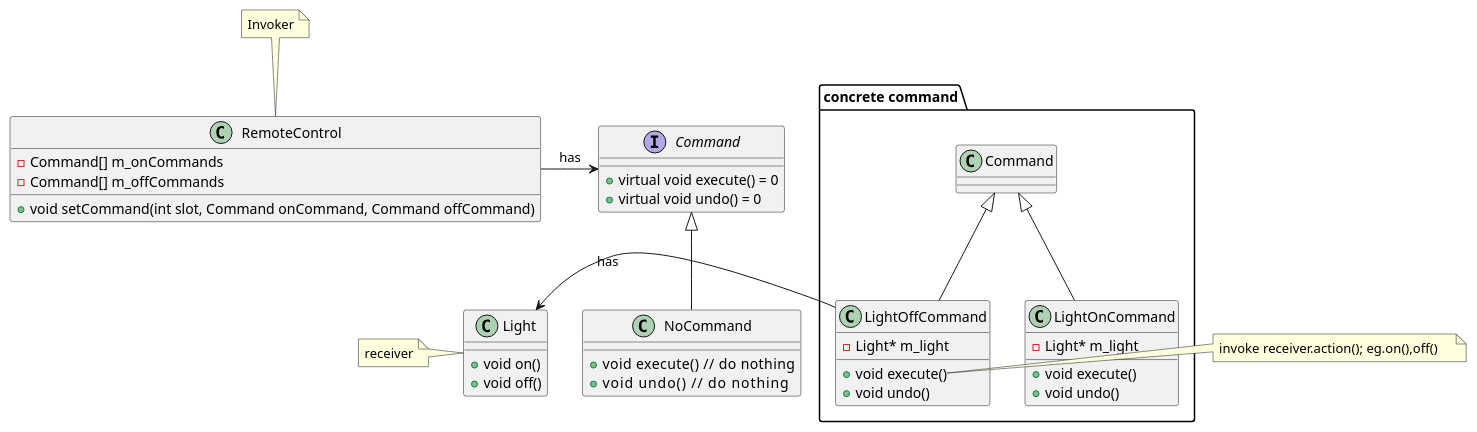
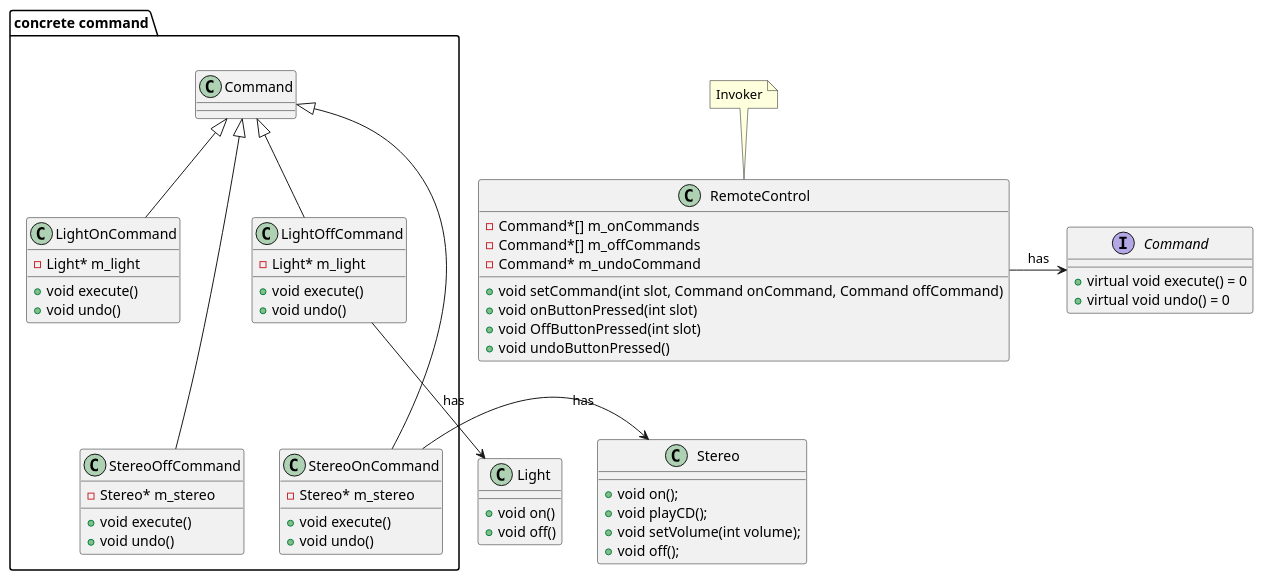
The diagram in ch06_Command/plantuml/Command_class.plantuml (jwbecalm/Head-First-Design-Patterns-in-CPP), drawn with PlantUML before and after one commit. The commit also changed 9 other files, not shown here.

Commit message:
Command Pattern, add Slot2, Stereo command

```diff
--- a/ch06_Command/plantuml/Command_class.plantuml
+++ b/ch06_Command/plantuml/Command_class.plantuml
@@ -1,54 +1,80 @@
 @startuml Command Pattern
 
 
 class RemoteControl{
-    - Command[] m_onCommands
-    - Command[] m_offCommands
+    - Command*[] m_onCommands
+    - Command*[] m_offCommands
+    - Command* m_undoCommand 
     + void setCommand(int slot, Command onCommand, Command offCommand)
+    + void onButtonPressed(int slot)
+    + void OffButtonPressed(int slot)
+    + void undoButtonPressed()
 }
 note top of RemoteControl: Invoker
 
 
 interface Command{
     + virtual void execute() = 0
     + virtual void undo() = 0
 }
 RemoteControl -> Command: has
 
 class Light{
     + void on()
     + void off()
 }
-note left: receiver
+
+class Stereo{
+    + void on();
+    + void playCD();
+    + void setVolume(int volume);
+    + void off();
+}
 
 package "concrete command"{
 ' concrete command
 class LightOnCommand extends Command{
     - Light* m_light
     + void execute()
     + void undo()
 }
 
 class LightOffCommand extends Command{
     - Light* m_light
     + void execute()
     + void undo()
 }
+
+class StereoOnCommand extends Command{
+    - Stereo* m_stereo
+    + void execute()
+    + void undo()
 }
-class NoCommand extends Command{
-    + void execute()    // do nothing
-    + void undo()       // do nothing
+class StereoOffCommand extends Command{
+    - Stereo* m_stereo
+    + void execute()
+    + void undo()
 }
+}
+' class NoCommand extends Command{
+'     + void execute()    // do nothing
+'     + void undo()       // do nothing
+' }
 
-note right of LightOffCommand::execute()
-    invoke receiver.action(); eg.on(),off()    
-end note
+' note left of LightOffCommand::execute()
+'     invoke receiver.action(); eg.on(),off()    
+' end note
 
 Command -[hidden] Light
 Light -[hidden]-> RemoteControl
 
+LightOffCommand<-[hidden]-StereoOnCommand
+StereoOnCommand -[hidden] StereoOffCommand
+LightOnCommand -[hidden] LightOffCommand
+
 LightOffCommand -> Light: has
-' LightOnCommand -> Light: has
+StereoOnCommand -> Stereo: has
+Light <-[hidden] Stereo
 
 
 @enduml
```
